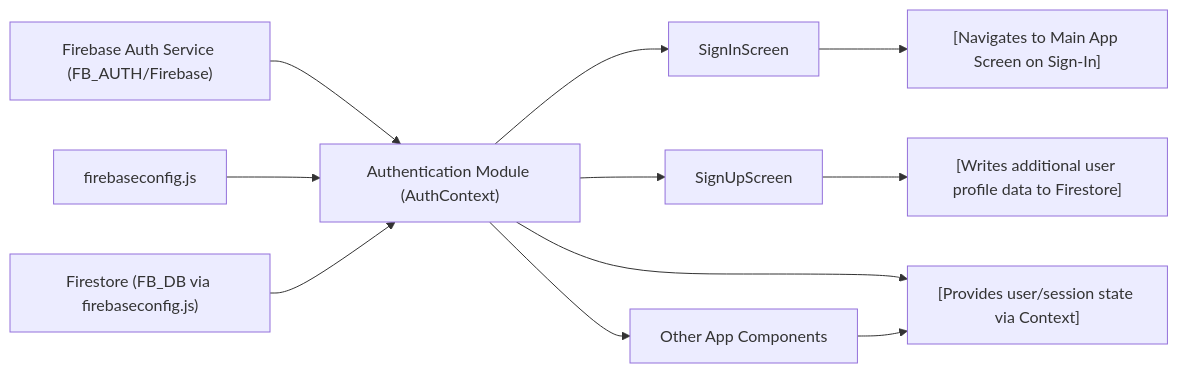
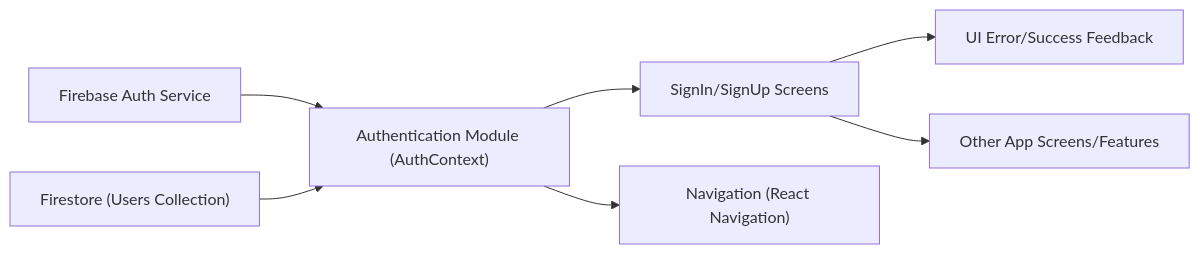
One commit to lucasboucher/Expo-Firebase-Boiler-Plate-2 changed the diagram in .shelfya/guide/authentication.md. Above: the diagram before and after it, drawn with Mermaid. The commit also changed other lines of this file and 7 other files, not shown here.

````diff
--- a/.shelfya/guide/authentication.md
+++ b/.shelfya/guide/authentication.md
@@ -85,13 +75,8 @@
 ```mermaid
 flowchart LR
-  FirebaseAuth["Firebase Auth Service (FB_AUTH/Firebase)"] --> AuthContext["Authentication Module (AuthContext)"]
-  FirebaseConfig["firebaseconfig.js"] --> AuthContext
-  FirebaseFirestore["Firestore (FB_DB via firebaseconfig.js)"] --> AuthContext
-  AuthContext --> SignInScreen["SignInScreen"]
-  AuthContext --> SignUpScreen["SignUpScreen"]
-  AuthContext --> OtherConsumers["Other App Components"]
-  SignUpScreen --> FirestoreWrite["[Writes additional user profile data to Firestore]"]
-  SignInScreen --> Navigation["[Navigates to Main App Screen on Sign-In]"]
-  AuthContext --> StateManagement["[Provides user/session state via Context]"]
-  OtherConsumers --> StateManagement
+  firebaseAuth["Firebase Auth Service"] --> authContext["Authentication Module (AuthContext)"] --> screens["SignIn/SignUp Screens"]
+  firebaseDB["Firestore (Users Collection)"] --> authContext
+  authContext --> navigation["Navigation (React Navigation)"]
+  screens --> uiFeedback["UI Error/Success Feedback"]
+  screens --> consumers["Other App Screens/Features"]
 ```
````
